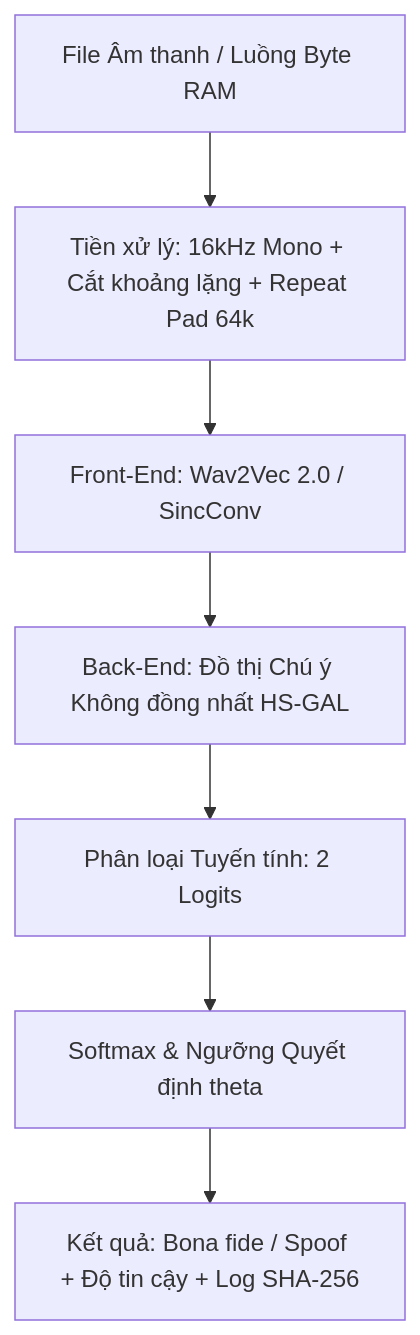
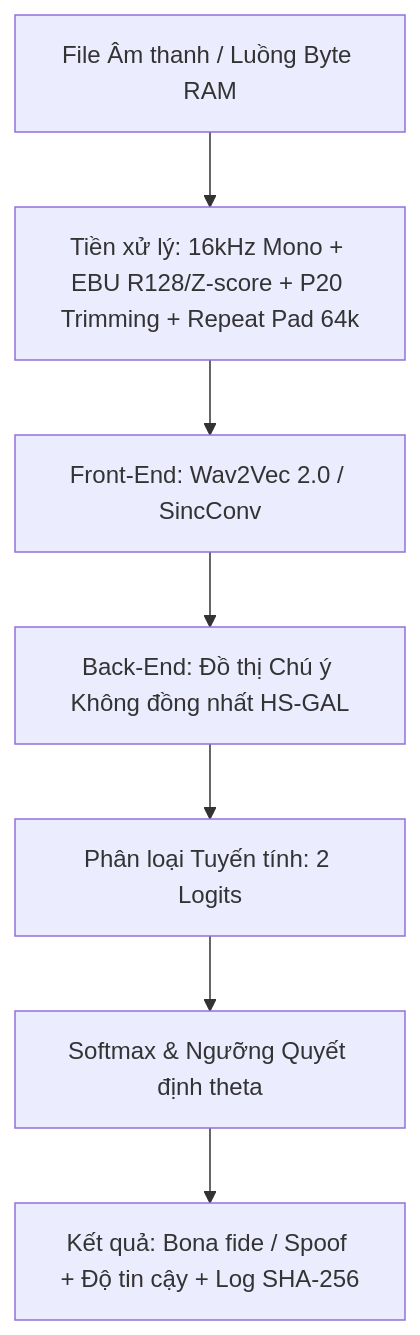
Before and after one commit to saketai72-oss/VieTrueVoice: the diagram in docs/ARCH_technical-specs.md, drawn with Mermaid. The commit also changed other lines of this file and 42 other files, not shown here.

````diff
--- a/docs/ARCH_technical-specs.md
+++ b/docs/ARCH_technical-specs.md
@@ -9,9 +9,9 @@
 ```mermaid
 graph TD
-    RawAudio[File Âm thanh / Luồng Byte RAM] --> Preprocess[Tiền xử lý: 16kHz Mono + Cắt khoảng lặng + Repeat Pad 64k]
+    RawAudio[File Âm thanh / Luồng Byte RAM] --> Preprocess[Tiền xử lý: 16kHz Mono + EBU R128/Z-score + P20 Trimming + Repeat Pad 64k]
     Preprocess --> FeatureExt[Front-End: Wav2Vec 2.0 / SincConv]
     FeatureExt --> GraphModule[Back-End: Đồ thị Chú ý Không đồng nhất HS-GAL]
     GraphModule --> Classifier[Phân loại Tuyến tính: 2 Logits]
     Classifier --> Decision[Softmax & Ngưỡng Quyết định theta]
     Decision --> Output[Kết quả: Bona fide / Spoof + Độ tin cậy + Log SHA-256]
 ```
````
